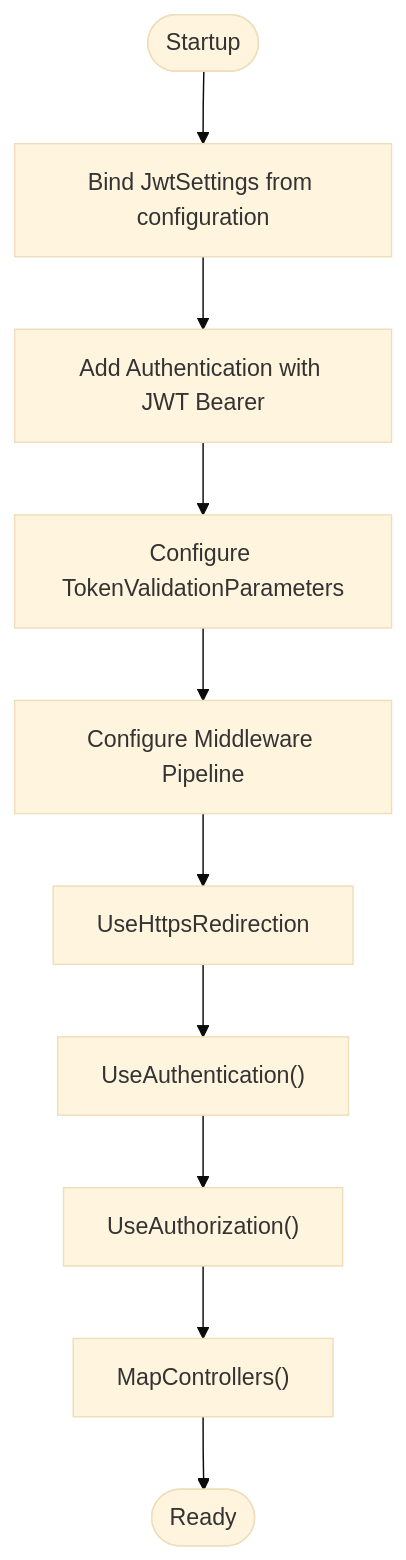
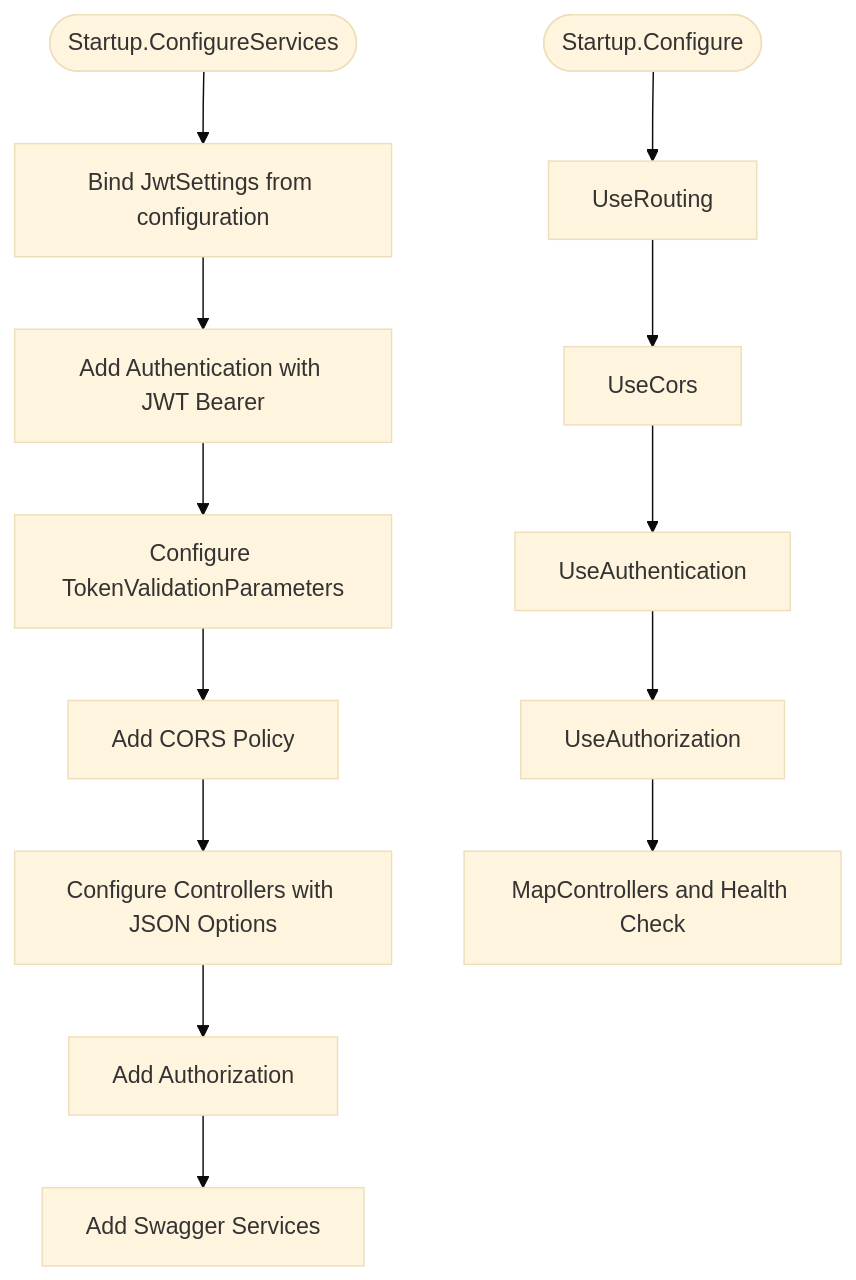
The third of 9 diagrams in .qoder/repowiki/en/content/Security Implementation/Authentication Middleware & Configuration.md (MuhammadFaizanQamar/game-backend-service), drawn with Mermaid (base theme) before and after one commit. The commit also changed other lines of this file and 62 other files, not shown here.

````diff
--- a/.qoder/repowiki/en/content/Security Implementation/Authentication Middleware & Configuration.md
+++ b/.qoder/repowiki/en/content/Security Implementation/Authentication Middleware & Configuration.md
@@ -155,12 +168,15 @@
 ```mermaid
 flowchart TD
-Start(["Startup"]) --> Bind["Bind JwtSettings from configuration"]
+Start(["Startup.ConfigureServices"]) --> Bind["Bind JwtSettings from configuration"]
 Bind --> AddAuth["Add Authentication with JWT Bearer"]
 AddAuth --> Params["Configure TokenValidationParameters"]
-Params --> Pipeline["Configure Middleware Pipeline"]
-Pipeline --> HTTPS["UseHttpsRedirection"]
-HTTPS --> AuthMW["UseAuthentication()"]
-AuthMW --> AuthZMW["UseAuthorization()"]
-AuthZMW --> MapCtrl["MapControllers()"]
-MapCtrl --> End(["Ready"])
+Params --> AddCORS["Add CORS Policy"]
+AddCORS --> AddControllers["Configure Controllers with JSON Options"]
+AddControllers --> AddAuthZ["Add Authorization"]
+AddAuthZ --> AddSwagger["Add Swagger Services"]
+Start2(["Startup.Configure"]) --> Routing["UseRouting"]
+Routing --> CORS["UseCors"]
+CORS --> Auth["UseAuthentication"]
+Auth --> AuthZ["UseAuthorization"]
+AuthZ --> Endpoints["MapControllers and Health Check"]
 ```
````
